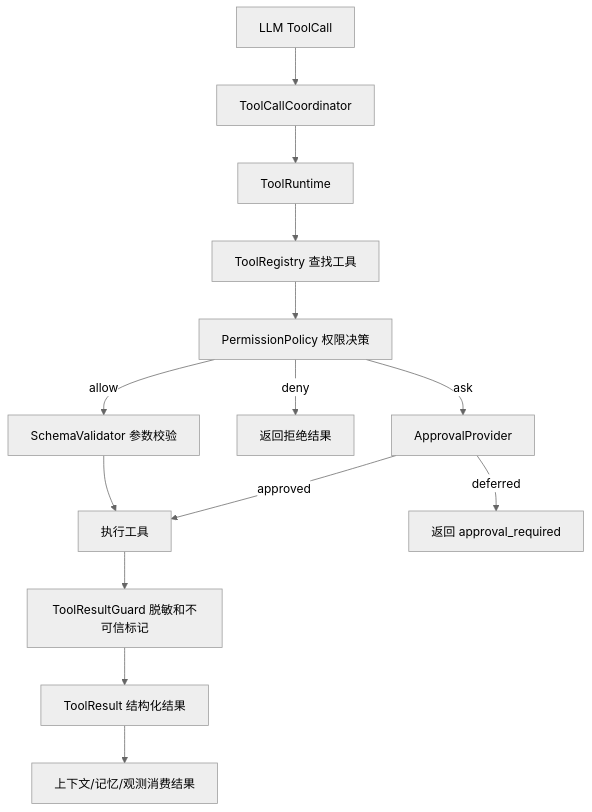
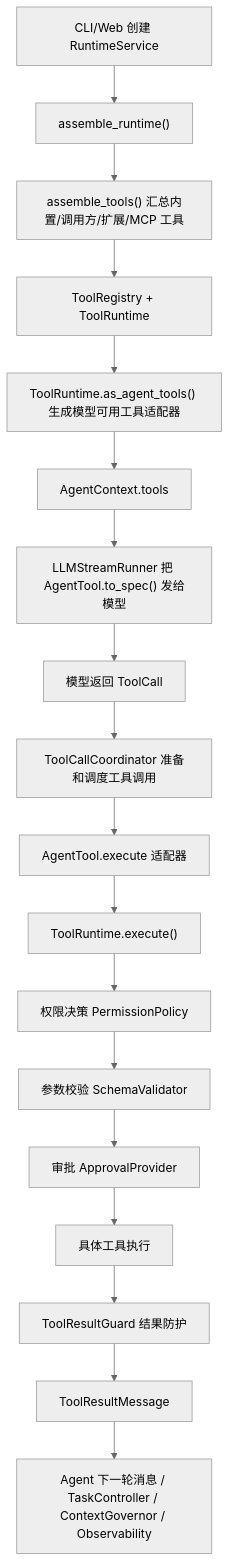
One commit to gyHMR/Codepilot_stable changed the diagram in docs/design/4tool-design.md. Above: the diagram before and after it, drawn with Mermaid (neutral theme). The commit also changed other lines of this file and 8 other files, not shown here.

````diff
--- a/docs/design/4tool-design.md
+++ b/docs/design/4tool-design.md
@@ -144,16 +51,20 @@
 ```mermaid
 flowchart TD
-    LLM["LLM ToolCall"] --> Coordinator["ToolCallCoordinator"]
-    Coordinator --> Runtime["ToolRuntime"]
-    Runtime --> Registry["ToolRegistry 查找工具"]
-    Registry --> Policy["PermissionPolicy 权限决策"]
-    Policy -->|allow| Schema["SchemaValidator 参数校验"]
-    Policy -->|deny| Denied["返回拒绝结果"]
-    Policy -->|ask| Approval["ApprovalProvider"]
-    Approval -->|approved| Execute["执行工具"]
-    Approval -->|deferred| Deferred["返回 approval_required"]
-    Schema --> Execute
-    Execute --> Guard["ToolResultGuard 脱敏和不可信标记"]
-    Guard --> Result["ToolResult 结构化结果"]
-    Result --> Context["上下文/记忆/观测消费结果"]
+    A["CLI/Web 创建 RuntimeService"] --> B["assemble_runtime()"]
+    B --> C["assemble_tools() 汇总内置/调用方/扩展/MCP 工具"]
+    C --> D["ToolRegistry + ToolRuntime"]
+    D --> E["ToolRuntime.as_agent_tools() 生成模型可用工具适配器"]
+    E --> F["AgentContext.tools"]
+    F --> G["LLMStreamRunner 把 AgentTool.to_spec() 发给模型"]
+    G --> H["模型返回 ToolCall"]
+    H --> I["ToolCallCoordinator 准备和调度工具调用"]
+    I --> J["AgentTool.execute 适配器"]
+    J --> K["ToolRuntime.execute()"]
+    K --> L["权限决策 PermissionPolicy"]
+    L --> M["参数校验 SchemaValidator"]
+    M --> N["审批 ApprovalProvider"]
+    N --> O["具体工具执行"]
+    O --> P["ToolResultGuard 结果防护"]
+    P --> Q["ToolResultMessage"]
+    Q --> R["Agent 下一轮消息 / TaskController / ContextGovernor / Observability"]
 ```
````
